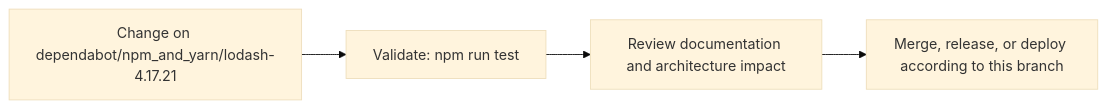
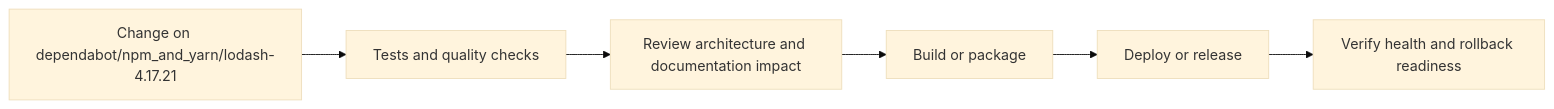
The fourth of 5 diagrams in README.md (Nischhalsubba/Sourcement), drawn with Mermaid (base theme) before and after one commit. The commit also changed other lines of this file, not shown here.

````diff
--- a/README.md
+++ b/README.md
@@ -63,8 +133,8 @@
 ```mermaid
 flowchart LR
-    CHANGE["Change on dependabot/npm_and_yarn/lodash-4.17.21"]
-    CHECK["Validate: npm run test"]
-    REVIEW["Review documentation and architecture impact"]
-    RELEASE["Merge, release, or deploy according to this branch"]
-    CHANGE --> CHECK --> REVIEW --> RELEASE
+    CHANGE["Change on dependabot/npm_and_yarn/lodash-4.17.21"] --> CHECK["Tests and quality checks"]
+    CHECK --> REVIEW["Review architecture and documentation impact"]
+    REVIEW --> BUILD["Build or package"]
+    BUILD --> DEPLOY["Deploy or release"]
+    DEPLOY --> VERIFY["Verify health and rollback readiness"]
 ```
````
